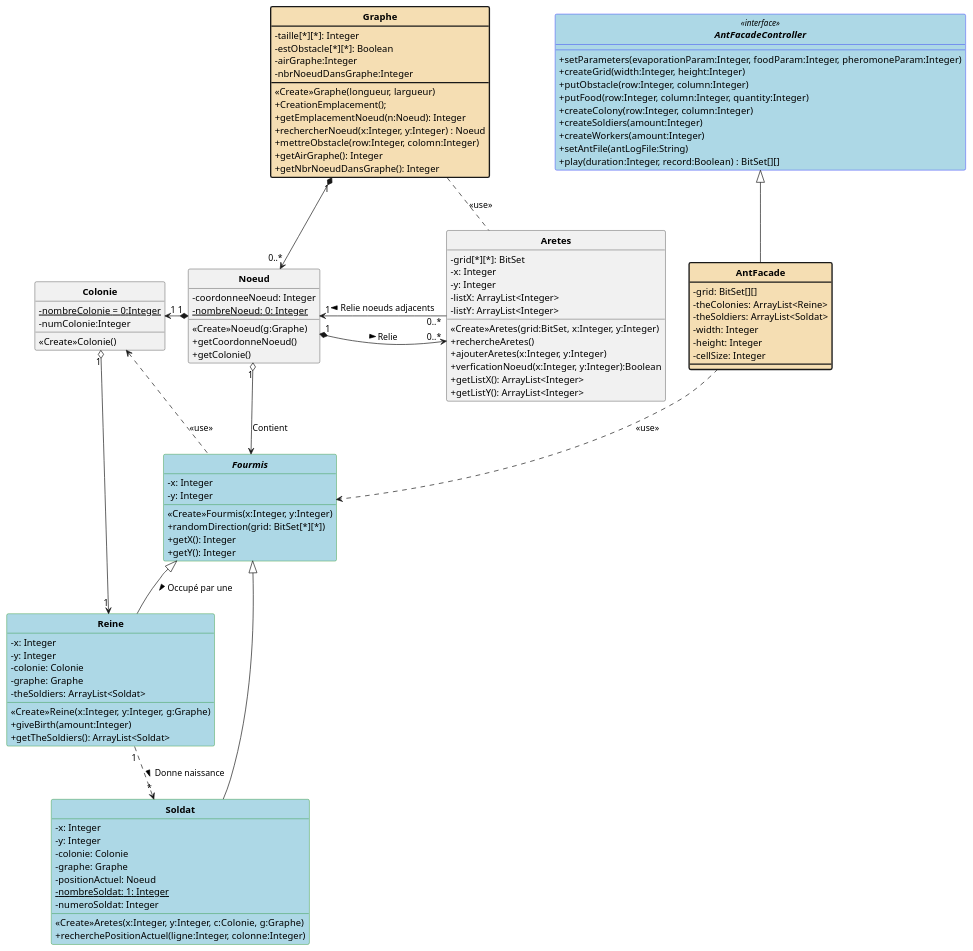
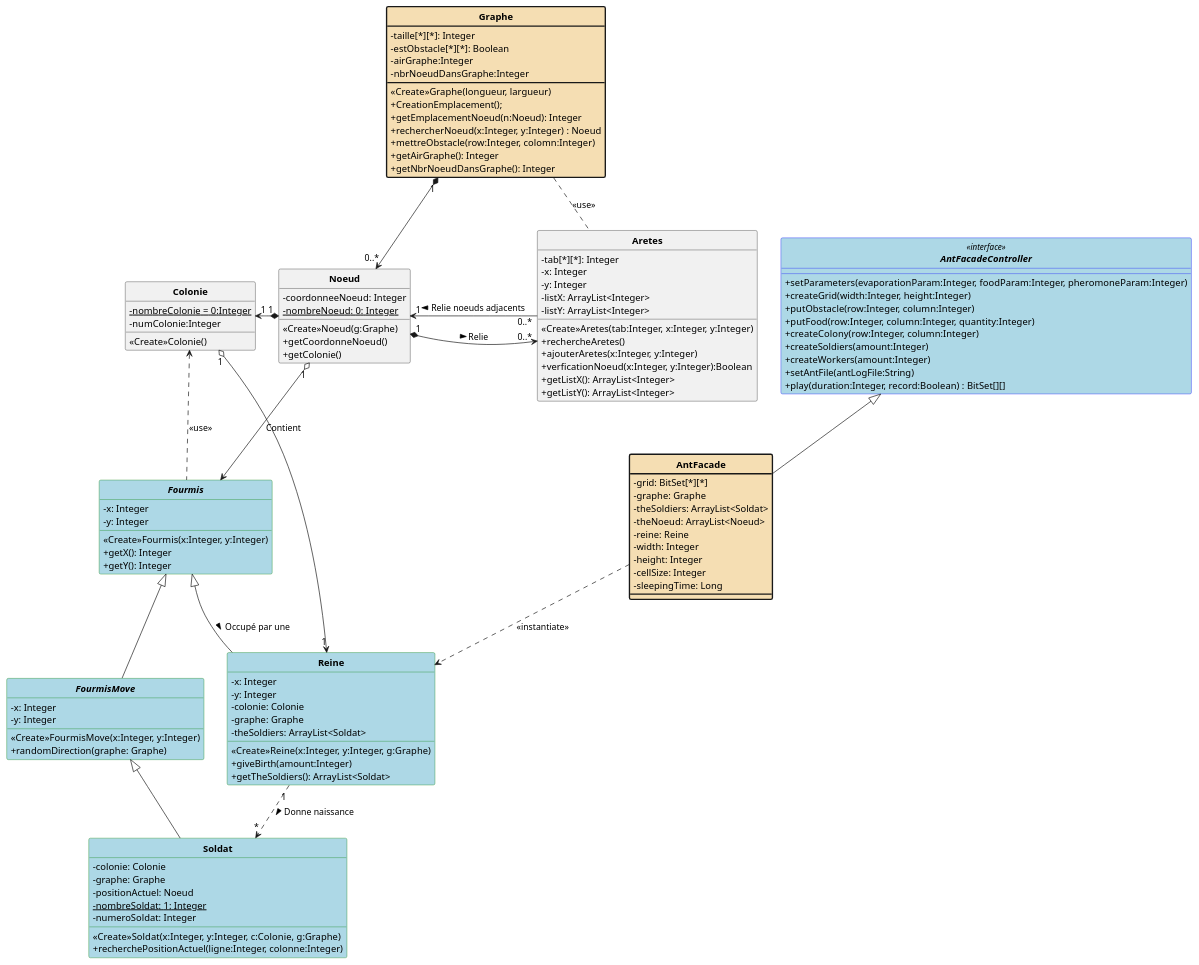
One commit to jvondermarck/ant-colony changed the diagram in plantUML/V1/Fourmis_DC_Conception.puml. Above: the diagram before and after it, drawn with PlantUML. The commit also changed 12 other files, not shown here.

```diff
--- a/plantUML/V1/Fourmis_DC_Conception.puml
+++ b/plantUML/V1/Fourmis_DC_Conception.puml
@@ -1,128 +1,137 @@
 @startuml
 'https://plantuml.com/class-diagram
 
 skinparam style strictuml
 skinparam classAttributeIconSize 0
 skinparam classFontStyle Bold
 hide enum methods
 
 
 interface AntFacadeController <<interface>> #lightblue;line:blue {
     +setParameters(evaporationParam:Integer, foodParam:Integer, pheromoneParam:Integer)
     +createGrid(width:Integer, height:Integer)
     +putObstacle(row:Integer, column:Integer)
     +putFood(row:Integer, column:Integer, quantity:Integer)
     +createColony(row:Integer, column:Integer)
     +createSoldiers(amount:Integer)
     +createWorkers(amount:Integer)
     +setAntFile(antLogFile:String)
     +play(duration:Integer, record:Boolean) : BitSet[][]
 }
 
 class Graphe #back:Wheat;line.bold {
     -taille[*][*]: Integer
     -estObstacle[*][*]: Boolean
     -airGraphe:Integer
     -nbrNoeudDansGraphe:Integer
 
     <<Create>>Graphe(longueur, largueur)
     +CreationEmplacement();
     +getEmplacementNoeud(n:Noeud): Integer
     +rechercherNoeud(x:Integer, y:Integer) : Noeud
     +mettreObstacle(row:Integer, colomn:Integer)
     +getAirGraphe(): Integer
     +getNbrNoeudDansGraphe(): Integer
 }
 
 class Colonie {
     -{static} nombreColonie = 0:Integer
     -numColonie:Integer
     <<Create>>Colonie()
 }
 
 class Noeud{
     -coordonneeNoeud: Integer
     -{static} nombreNoeud: 0: Integer
 
     <<Create>>Noeud(g:Graphe)
     +getCoordonneNoeud()
     +getColonie()
 }
 
 class AntFacade #back:Wheat;line.bold {
-    -grid: BitSet[][]
-    -theColonies: ArrayList<Reine>
+    -grid: BitSet[*][*]
+    -graphe: Graphe
     -theSoldiers: ArrayList<Soldat>
+    -theNoeud: ArrayList<Noeud>
+    -reine: Reine
     -width: Integer
     -height: Integer
     -cellSize: Integer
+    -sleepingTime: Long
 }
 
 class Aretes {
-    -grid[*][*]: BitSet
+    -tab[*][*]: Integer
     -x: Integer
     -y: Integer
     -listX: ArrayList<Integer>
     -listY: ArrayList<Integer>
 
-    <<Create>>Aretes(grid:BitSet, x:Integer, y:Integer)
+    <<Create>>Aretes(tab:Integer, x:Integer, y:Integer)
     +rechercheAretes()
     +ajouterAretes(x:Integer, y:Integer)
     +verficationNoeud(x:Integer, y:Integer):Boolean
     +getListX(): ArrayList<Integer>
     +getListY(): ArrayList<Integer>
 }
 
 abstract class Fourmis #lightblue;line:green {
     -x: Integer
     -y: Integer
 
     <<Create>>Fourmis(x:Integer, y:Integer)
-    +randomDirection(grid: BitSet[*][*])
     +getX(): Integer
     +getY(): Integer
 }
 
 class Reine #lightblue;line:green {
     -x: Integer
     -y: Integer
     -colonie: Colonie
     -graphe: Graphe
     -theSoldiers: ArrayList<Soldat>
 
     <<Create>>Reine(x:Integer, y:Integer, g:Graphe)
     +giveBirth(amount:Integer)
     +getTheSoldiers(): ArrayList<Soldat>
 }
 
-class Soldat #lightblue;line:green {
+abstract class FourmisMove #lightblue;line:green {
     -x: Integer
     -y: Integer
+
+    <<Create>>FourmisMove(x:Integer, y:Integer)
+    +randomDirection(graphe: Graphe)
+}
+
+class Soldat #lightblue;line:green {
     -colonie: Colonie
     -graphe: Graphe
     -positionActuel: Noeud
     -{static} nombreSoldat: 1: Integer
     -numeroSoldat: Integer
 
-    <<Create>>Aretes(x:Integer, y:Integer, c:Colonie, g:Graphe)
+    <<Create>>Soldat(x:Integer, y:Integer, c:Colonie, g:Graphe)
     +recherchePositionActuel(ligne:Integer, colonne:Integer)
 }
 
 AntFacadeController <|-- AntFacade
-AntFacade ..> Fourmis : <<use>>
+AntFacade ..> Reine : <<instantiate>>
 
 Graphe "1" *--> "0..*" Noeud
 
 Noeud "\n1" *-> "0..*" Aretes : \n Relie  >
 Aretes "0..*" -> "1" Noeud : Relie noeuds adjacents >
 
 Graphe .. Aretes : <<use>>
 Noeud "1" *-left> "1" Colonie
 Colonie <.. Fourmis : <<use>>
 Reine "1" <-lefto "1" Colonie
 Noeud "1" o--> Fourmis : Contient
 Fourmis <|-- Reine : Occupé par une >
-Fourmis <|-- Soldat
+Fourmis <|-- FourmisMove
+FourmisMove <|-- Soldat
 Reine "1" ..> "*" Soldat : Donne naissance >
 
 @enduml
```
